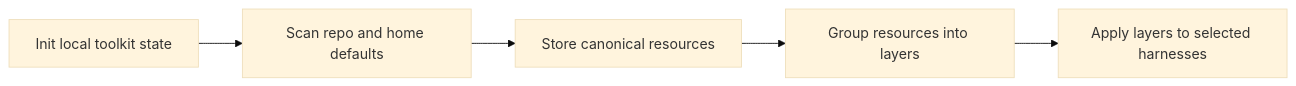
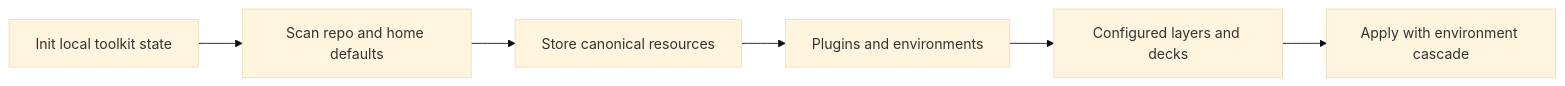
Before and after one commit to harnesstap/harnesstap: the second of 3 diagrams in README.md, drawn with Mermaid (base theme). The commit also changed other lines of this file and 1 other file, not shown here.

First line of the commit message:
docs: deck model, environments, and transportable format

````diff
--- a/README.md
+++ b/README.md
@@ -115,7 +168,8 @@
 ```mermaid
 flowchart LR
   A[Init local toolkit state] --> B[Scan repo and home defaults]
   B --> C[Store canonical resources]
-  C --> D[Group resources into layers]
-  D --> E[Apply layers to selected harnesses]
+  C --> D[Plugins and environments]
+  D --> E[Configured layers and decks]
+  E --> F[Apply with environment cascade]
 ```
````
